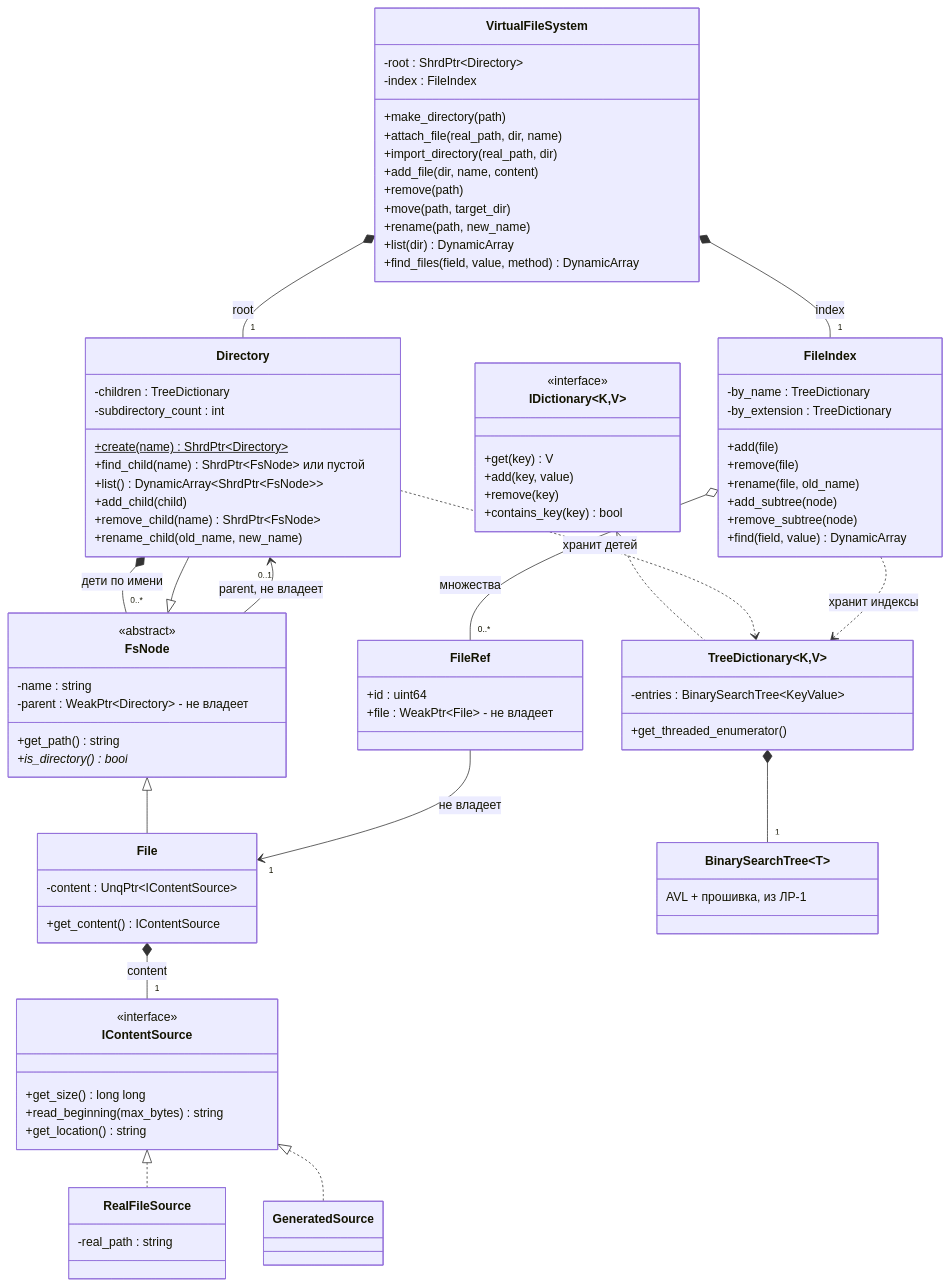
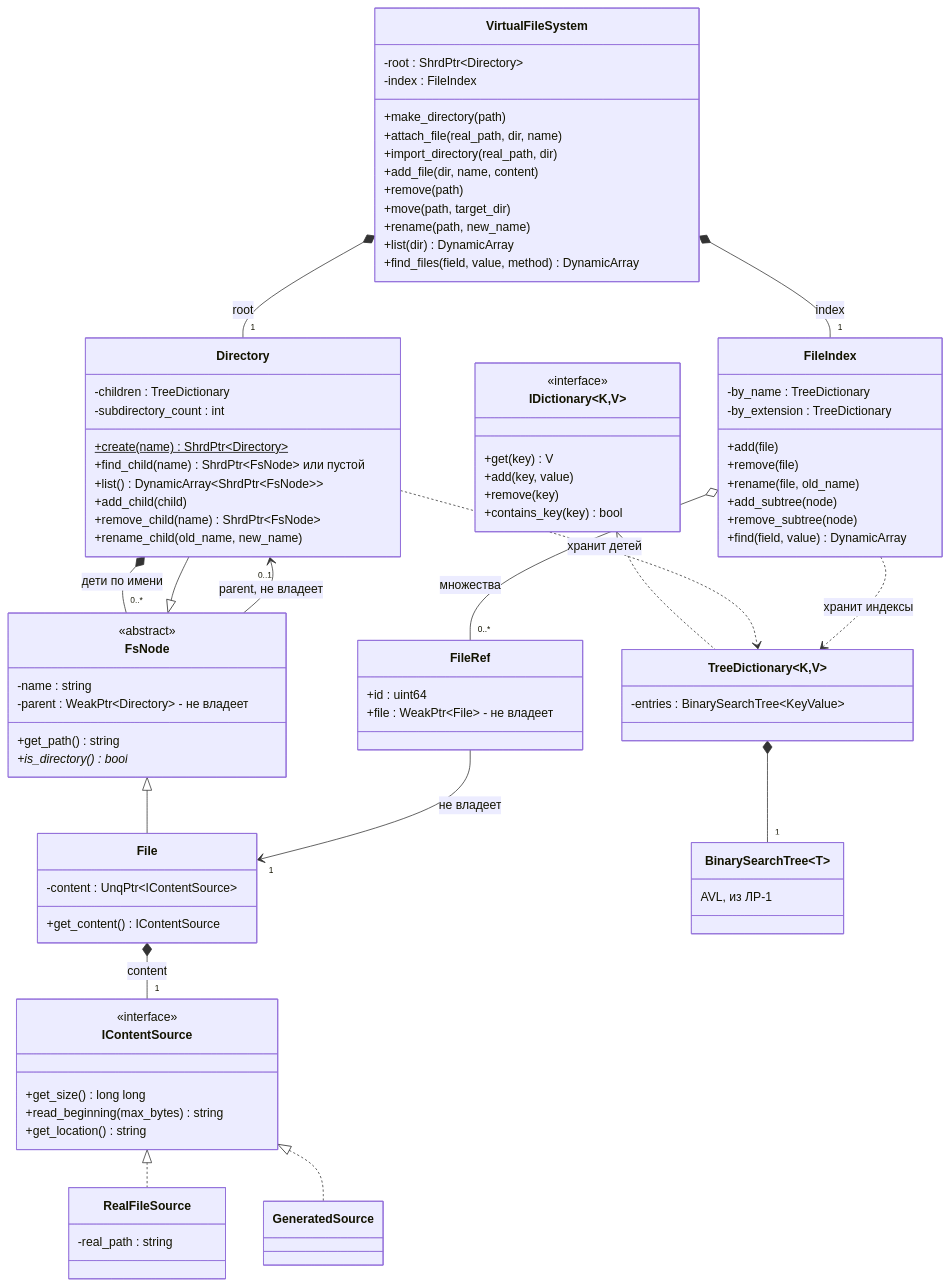
The diagram in lr2/docs/classes.mmd (Hausmaster333/LR1-2), drawn with Mermaid before and after one commit. The commit also changed 34 other files, not shown here.

```diff
--- a/lr2/docs/classes.mmd
+++ b/lr2/docs/classes.mmd
@@ -1,90 +1,89 @@
 classDiagram
     direction TB
     class VirtualFileSystem {
         -root : ShrdPtr~Directory~
         -index : FileIndex
         +make_directory(path)
         +attach_file(real_path, dir, name)
         +import_directory(real_path, dir)
         +add_file(dir, name, content)
         +remove(path)
         +move(path, target_dir)
         +rename(path, new_name)
         +list(dir) DynamicArray
         +find_files(field, value, method) DynamicArray
     }
     class FsNode {
         <<abstract>>
         -name : string
         -parent : WeakPtr~Directory~ - не владеет
         +get_path() string
         +is_directory()* bool
     }
     class Directory {
         -children : TreeDictionary
         -subdirectory_count : int
         +create(name)$ ShrdPtr~Directory~
         +find_child(name) ShrdPtr~FsNode~ или пустой
         +list() DynamicArray~ShrdPtr~FsNode~~
         +add_child(child)
         +remove_child(name) ShrdPtr~FsNode~
         +rename_child(old_name, new_name)
     }
     class File {
         -content : UnqPtr~IContentSource~
         +get_content() IContentSource
     }
     class IContentSource {
         <<interface>>
         +get_size() long long
         +read_beginning(max_bytes) string
         +get_location() string
     }
     class RealFileSource {
         -real_path : string
     }
     class GeneratedSource
     class FileIndex {
         -by_name : TreeDictionary
         -by_extension : TreeDictionary
         +add(file)
         +remove(file)
         +rename(file, old_name)
         +add_subtree(node)
         +remove_subtree(node)
         +find(field, value) DynamicArray
     }
     class FileRef {
         +id : uint64
         +file : WeakPtr~File~ - не владеет
     }
     class IDictionary~K,V~ {
         <<interface>>
         +get(key) V
         +add(key, value)
         +remove(key)
         +contains_key(key) bool
     }
     class TreeDictionary~K,V~ {
         -entries : BinarySearchTree~KeyValue~
-        +get_threaded_enumerator()
     }
     class BinarySearchTree~T~ {
-        AVL + прошивка, из ЛР-1
+        AVL, из ЛР-1
     }
 
     VirtualFileSystem *-- "1" Directory : root
     VirtualFileSystem *-- "1" FileIndex : index
     FsNode <|-- Directory
     FsNode <|-- File
     Directory *-- "0..*" FsNode : дети по имени
     FsNode --> "0..1" Directory : parent, не владеет
     File *-- "1" IContentSource : content
     IContentSource <|.. RealFileSource
     IContentSource <|.. GeneratedSource
     FileIndex o-- "0..*" FileRef : множества
     FileRef --> "1" File : не владеет
     IDictionary <|.. TreeDictionary
     TreeDictionary *-- "1" BinarySearchTree
     Directory ..> TreeDictionary : хранит детей
     FileIndex ..> TreeDictionary : хранит индексы
```
